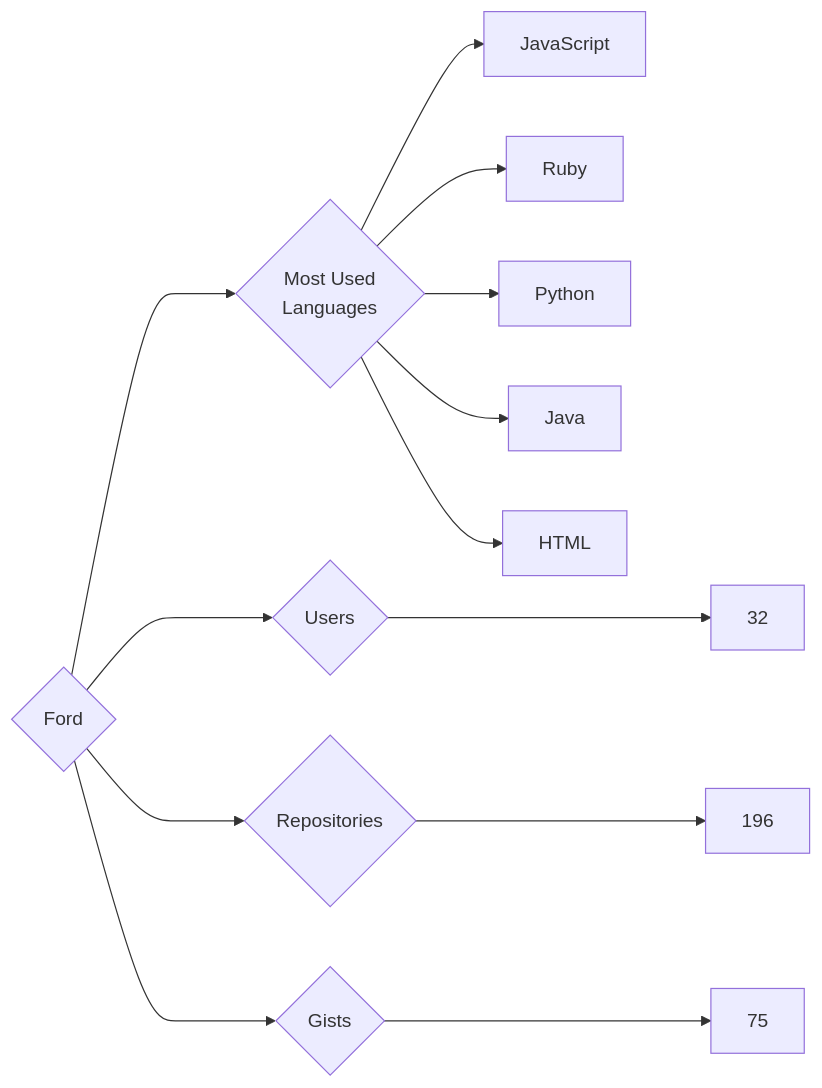
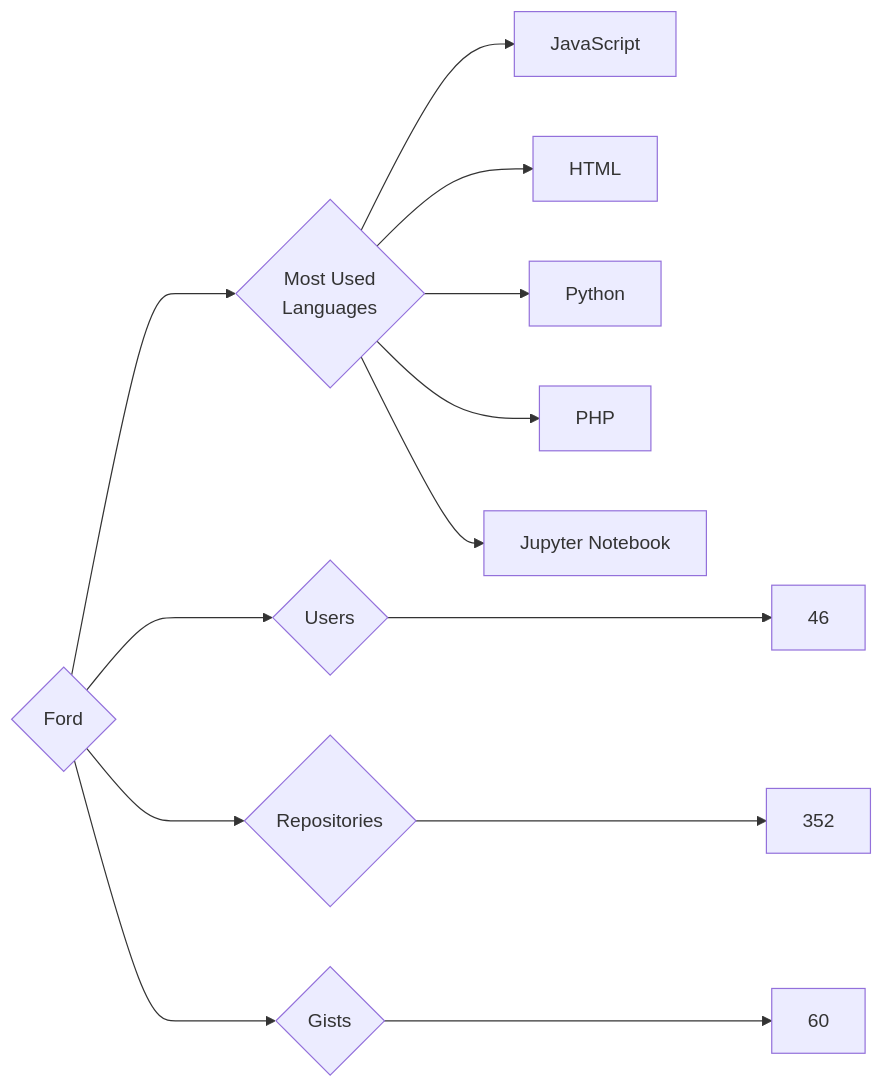
The diagram in targets/Ford/README.md (trickest/insiders), drawn with Mermaid before and after one commit. The commit also changed 944 other files, not shown here.

````diff
--- a/targets/Ford/README.md
+++ b/targets/Ford/README.md
@@ -3,13 +3,13 @@
 ```mermaid
 graph LR
 COMPANY_NAME{Ford}
-COMPANY_NAME ---> U{Users} ---> UN[32]
-COMPANY_NAME ---> R{Repositories} ---> RN[196]
-COMPANY_NAME ---> G{Gists} ---> GN[75]
+COMPANY_NAME ---> U{Users} ---> UN[46]
+COMPANY_NAME ---> R{Repositories} ---> RN[352]
+COMPANY_NAME ---> G{Gists} ---> GN[60]
 COMPANY_NAME ---> ML{Most Used<br>Languages}
 ML --> JavaScript[JavaScript]
-ML --> Ruby[Ruby]
+ML --> HTML[HTML]
 ML --> Python[Python]
-ML --> Java[Java]
-ML --> HTML[HTML]
+ML --> PHP[PHP]
+ML --> Jupyter_Notebook[Jupyter Notebook]
 ```
````
